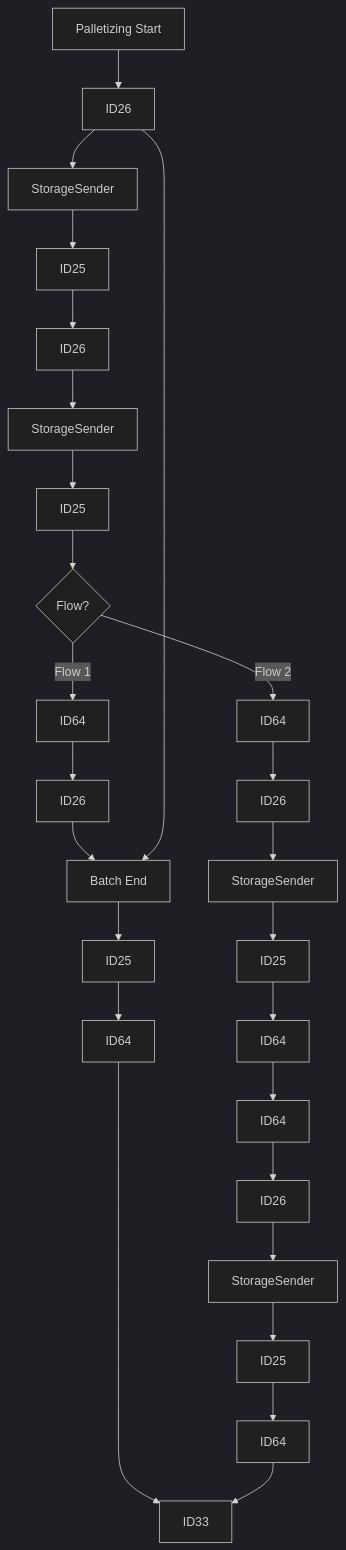
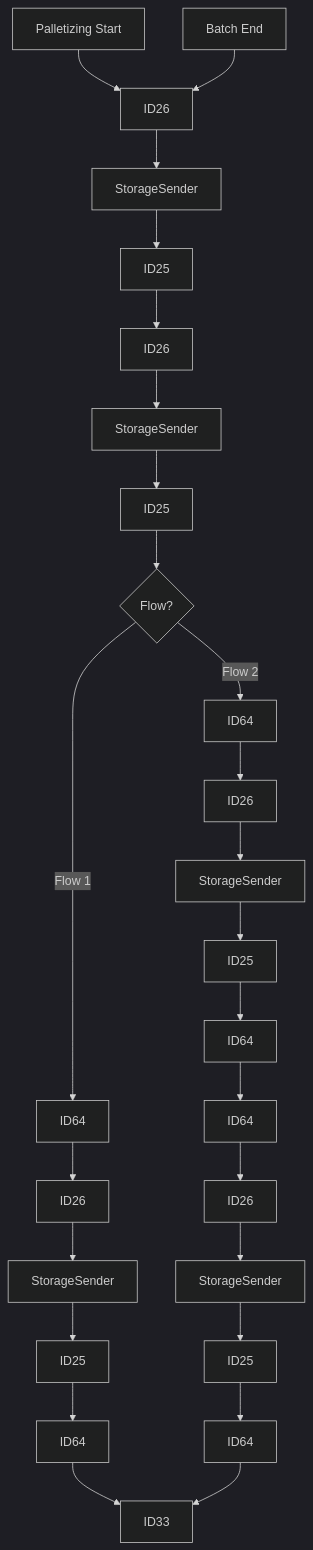
One commit to luthfiadityaa/SimeDarby-Wiki changed the second of 2 diagrams in Basic-Design/DFD-WMS/Storage/Palletizing-Settting.md. Above: the diagram before and after it, drawn with Mermaid (dark theme).

Commit message:
Updated Palletizing Settting

```diff
--- a/Basic-Design/DFD-WMS/Storage/Palletizing-Settting.md
+++ b/Basic-Design/DFD-WMS/Storage/Palletizing-Settting.md
@@ -17,15 +17,15 @@
 ::: mermaid
 flowchart TD  
 P1[Palletizing Start]-->P2[ID26]-->P3[StorageSender]-->P4[ID25]
 P4[ID25]-->P5[ID26]-->P6[StorageSender]-->P7[ID25]
 P7[ID25]-->Cond1{Flow?} 
 Cond1 --> |Flow 1| P8[ID64]
 Cond1 --> |Flow 2| P9[ID64]
 P8[ID64]-->P10[ID26]-->P11[StorageSender]-->P12[ID25]-->P13[ID64]
 P9[ID64]-->P15[ID26]-->P16[StorageSender]-->P17[ID25]-->P18[ID64]-->P19[ID64]-->P20[ID26]-->P21[StorageSender]-->P22[ID25]-->P23[ID64]
 
-P2[ID26]-->P11[Batch End]
+P24[Batch End]-->P2[ID26]
 
 P13[ID64]-->P14[ID33]
 P23[ID64]-->P14[ID33]
 :::
```
